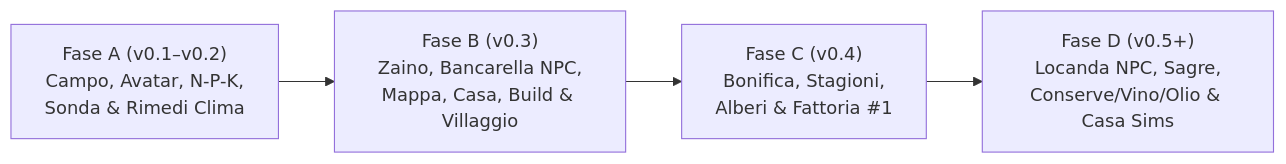
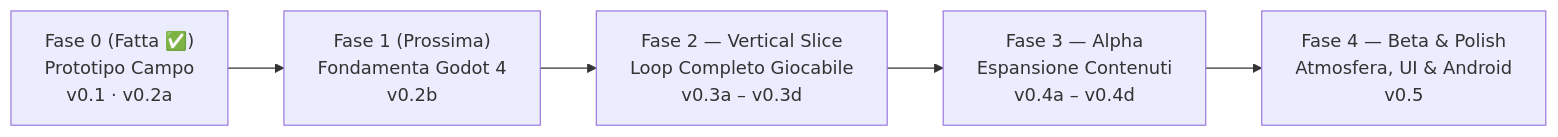
Before and after one commit to r-liciotti/Ortobio: the diagram in docs/piano_sviluppo_incrementale.md, drawn with Mermaid. The commit also changed other lines of this file and 1 other file, not shown here.

Commit message:
docs: restructure milestones into Foundations -> Vertical Slice -> Alpha -> Beta production pipeline

````diff
--- a/docs/piano_sviluppo_incrementale.md
+++ b/docs/piano_sviluppo_incrementale.md
@@ -5,6 +5,7 @@
 ```mermaid
 flowchart LR
-    A["Fase A (v0.1–v0.2)<br/>Campo, Avatar, N-P-K,<br/>Sonda & Rimedi Clima"] --> B["Fase B (v0.3)<br/>Zaino, Bancarella NPC,<br/>Mappa, Casa, Build & Villaggio"]
-    B --> C["Fase C (v0.4)<br/>Bonifica, Stagioni,<br/>Alberi & Fattoria #1"]
-    C --> D["Fase D (v0.5+)<br/>Locanda NPC, Sagre,<br/>Conserve/Vino/Olio & Casa Sims"]
+    F0["Fase 0 (Fatta ✅)<br/>Prototipo Campo<br/>v0.1 · v0.2a"] --> F1["Fase 1 (Prossima)<br/>Fondamenta Godot 4<br/>v0.2b"]
+    F1 --> F2["Fase 2 — Vertical Slice<br/>Loop Completo Giocabile<br/>v0.3a – v0.3d"]
+    F2 --> F3["Fase 3 — Alpha<br/>Espansione Contenuti<br/>v0.4a – v0.4d"]
+    F3 --> F4["Fase 4 — Beta & Polish<br/>Atmosfera, UI & Android<br/>v0.5"]
 ```
````
